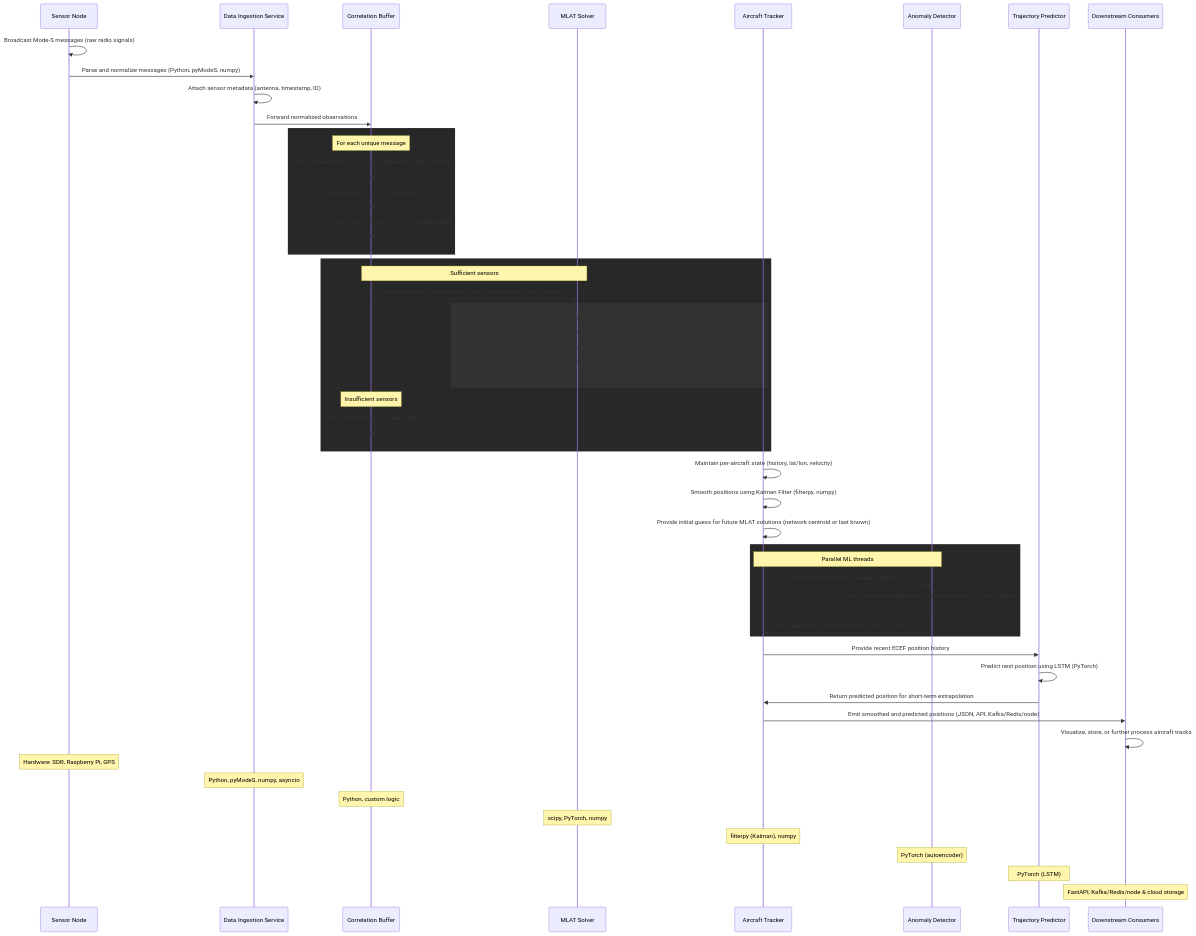
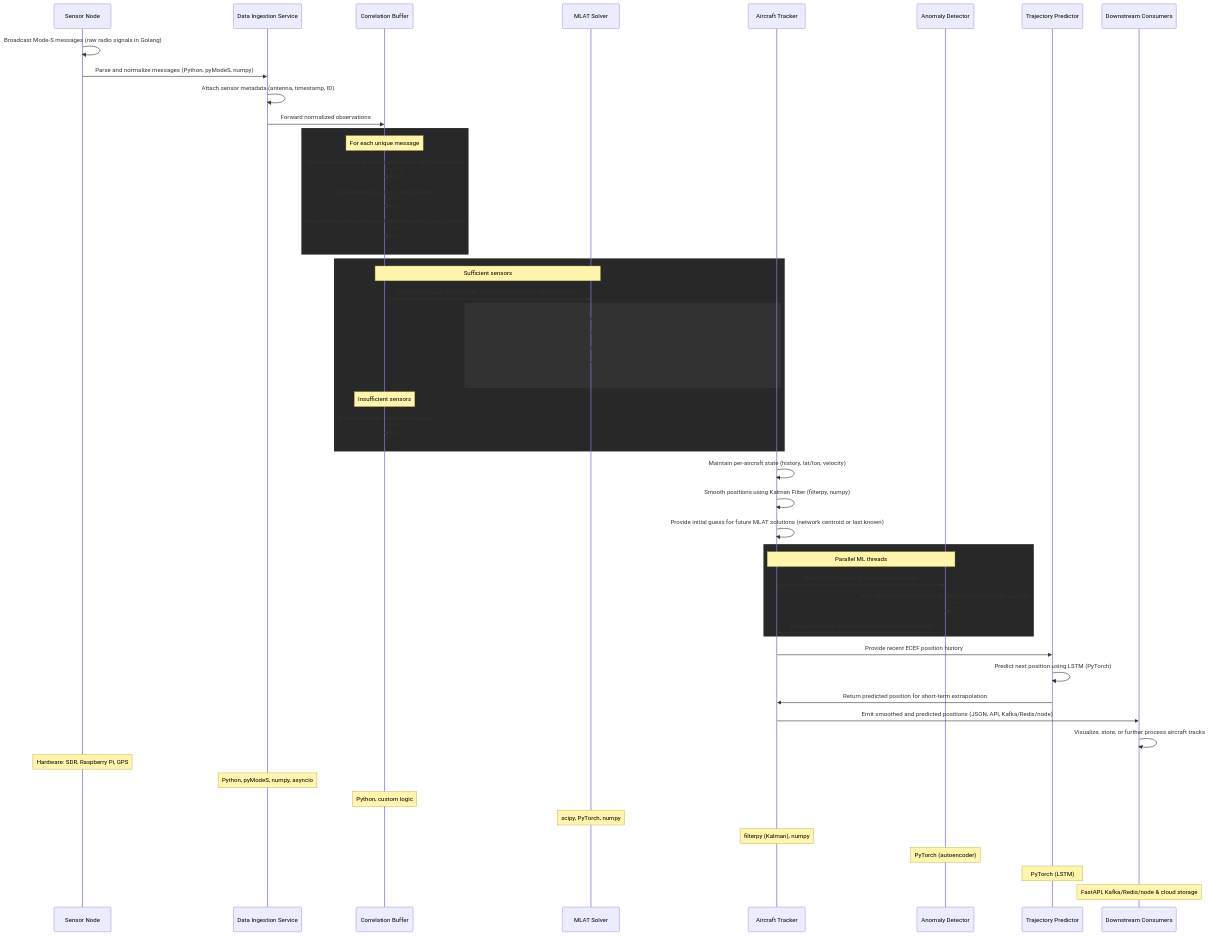
One commit to Arjunhg/hyperplane changed the diagram in README.md. Above: the diagram before and after it, drawn with Mermaid.

Commit message:
update: add sequence diagram

````diff
--- a/README.md
+++ b/README.md
@@ -21,65 +21,65 @@
 ```mermaid
 sequenceDiagram
 	participant SN as Sensor Node
 	participant DI as Data Ingestion Service
 	participant CB as Correlation Buffer
 	participant ML as MLAT Solver
 	participant AT as Aircraft Tracker
 	participant AD as Anomaly Detector
 	participant TP as Trajectory Predictor
 	participant DC as Downstream Consumers
 
-	SN->>SN: Broadcast Mode-S messages (raw radio signals)
+	SN->>SN: Broadcast Mode-S messages (raw radio signals in Golang)
 
 	SN->>DI: Parse and normalize messages (Python, pyModeS, numpy)
 	DI->>DI: Attach sensor metadata (antenna, timestamp, ID)
 	DI->>CB: Forward normalized observations
 
 	rect rgb(40, 40, 40)
 		Note over CB: For each unique message
 		CB->>CB: Group observations by message payload and time window
 		CB->>CB: Deduplicate by sensor and payload
 		CB->>CB: Wait until minimum sensors threshold is met (configurable)
 	end
 
 	rect rgb(40, 40, 40)
 		Note over CB,ML: Sufficient sensors
 		CB->>ML: Provide grouped observations (with ECEF positions, TDOA vectors)
 
 		rect rgb(50, 50, 50)
 			ML->>ML: Estimate aircraft position using Levenberg-Marquardt (scipy) or Gradient Descent (PyTorch)
 			ML->>ML: Validate solution (Kalman Filter - altitude, altitude, geographic bounds)
 			ML->>AT: Emit resolved aircraft position (lat/lon/alt, methods=MLAT)
 		end
 
 		Note over CB: Insufficient sensors
 		CB->>CB: Discard or buffer incomplete group
 	end
 
 	AT->>AT: Maintain per-aircraft state (history, lat/lon, velocity)
 	AT->>AT: Smooth positions using Kalman Filter (filterpy, numpy)
 	AT->>AT: Provide initial guess for future MLAT solutions (network centroid or last known)
 
 	rect rgb(40, 40, 40)
 		Note over AT,AD: Parallel ML threads
 		AT->>AD: Send TDOA vectors for anomaly detection
 		AD->>AD: Run autoencoder (PyTorch) to detect outliers in TDOA patterns
 		AD->>AT: Flag anomalous observations for review or exclusion
 	end
 
 	AT->>TP: Provide recent ECEF position history
 	TP->>TP: Predict next position using LSTM (PyTorch)
 	TP->>AT: Return predicted position for short-term extrapolation
 
 	AT->>DC: Emit smoothed and predicted positions (JSON, API, Kafka/Redis/node)
 	DC->>DC: Visualize, store, or further process aircraft tracks
 
 	Note over SN: Hardware: SDR, Raspberry Pi, GPS
 	Note over DI: Python, pyModeS, numpy, asyncio
 	Note over CB: Python, custom logic
 	Note over ML: scipy, PyTorch, numpy
 	Note over AT: filterpy (Kalman), numpy
 	Note over AD: PyTorch (autoencoder)
 	Note over TP: PyTorch (LSTM)
 	Note over DC: FastAPI, Kafka/Redis/node & cloud storage
 ```
````
